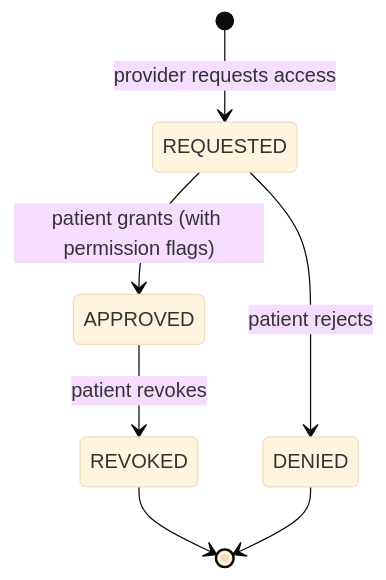
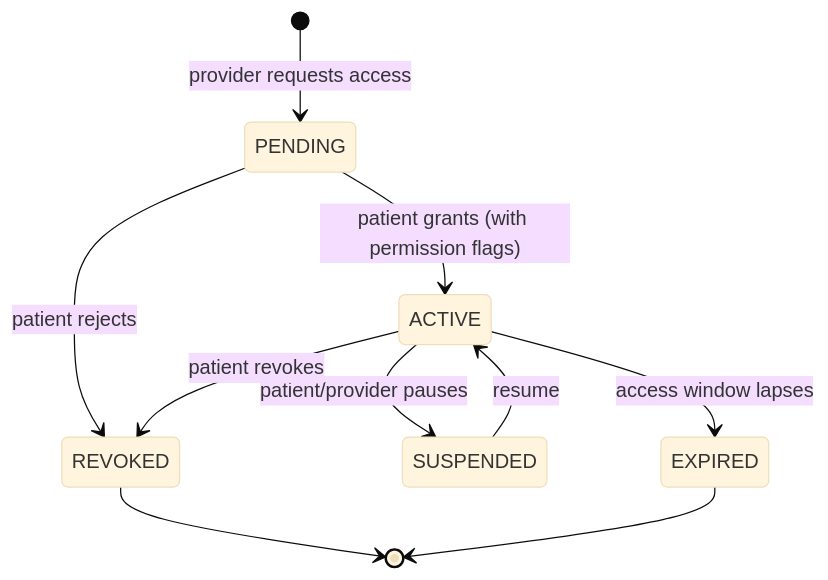
The second of 2 diagrams in prompts/16-architecture-doc.md (breilly1296/OwnMyHealth-Claude), drawn with Mermaid (base theme) before and after one commit. The commit also changed other lines of this file and 48 other files, not shown here.

````diff
--- a/prompts/16-architecture-doc.md
+++ b/prompts/16-architecture-doc.md
@@ -160,9 +168,12 @@
 ```mermaid
 stateDiagram-v2
-  [*] --> REQUESTED: provider requests access
-  REQUESTED --> APPROVED: patient grants (with permission flags)
-  REQUESTED --> DENIED: patient rejects
-  APPROVED --> REVOKED: patient revokes
+  [*] --> PENDING: provider requests access
+  PENDING --> ACTIVE: patient grants (with permission flags)
+  PENDING --> REVOKED: patient rejects
+  ACTIVE --> SUSPENDED: patient/provider pauses
+  SUSPENDED --> ACTIVE: resume
+  ACTIVE --> REVOKED: patient revokes
+  ACTIVE --> EXPIRED: access window lapses
   REVOKED --> [*]
-  DENIED --> [*]
+  EXPIRED --> [*]
 ```
````
